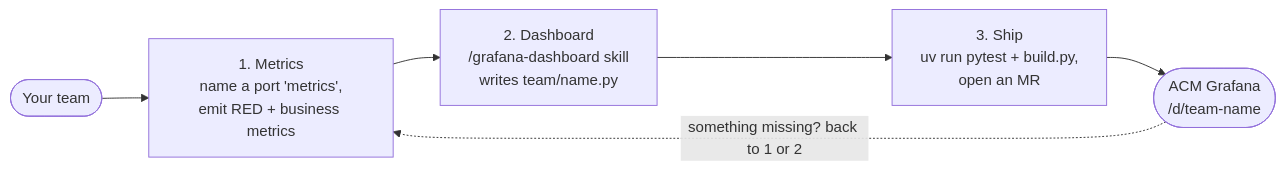
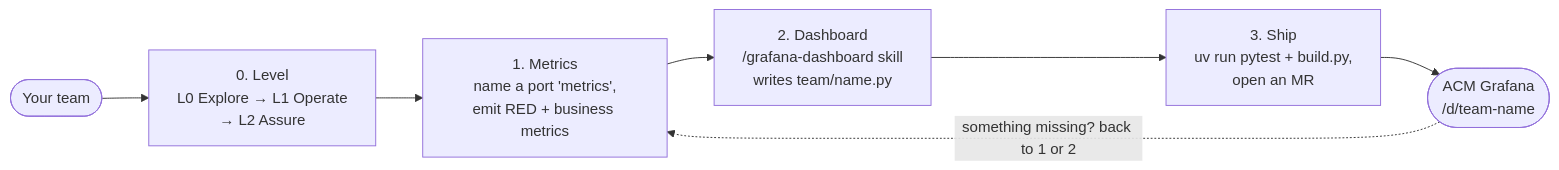
The diagram in doc/app-teams/README.md (seanjin97/hack-multi-cluster-openshift-observability), drawn with Mermaid before and after one commit. The commit also changed other lines of this file and 16 other files, not shown here.

````diff
--- a/doc/app-teams/README.md
+++ b/doc/app-teams/README.md
@@ -5,8 +5,9 @@
 ```mermaid
 flowchart LR
-  a([Your team]) --> m["1. Metrics<br/>name a port 'metrics',<br/>emit RED + business metrics"]
+  a([Your team]) --> l["0. Level<br/>L0 Explore → L1 Operate<br/>→ L2 Assure"]
+  l --> m["1. Metrics<br/>name a port 'metrics',<br/>emit RED + business metrics"]
   m --> d["2. Dashboard<br/>/grafana-dashboard skill<br/>writes team/name.py"]
   d --> s["3. Ship<br/>uv run pytest + build.py,<br/>open an MR"]
   s --> g(["ACM Grafana<br/>/d/team-name"])
   g -. "something missing? back to 1 or 2" .-> m
 ```
````
